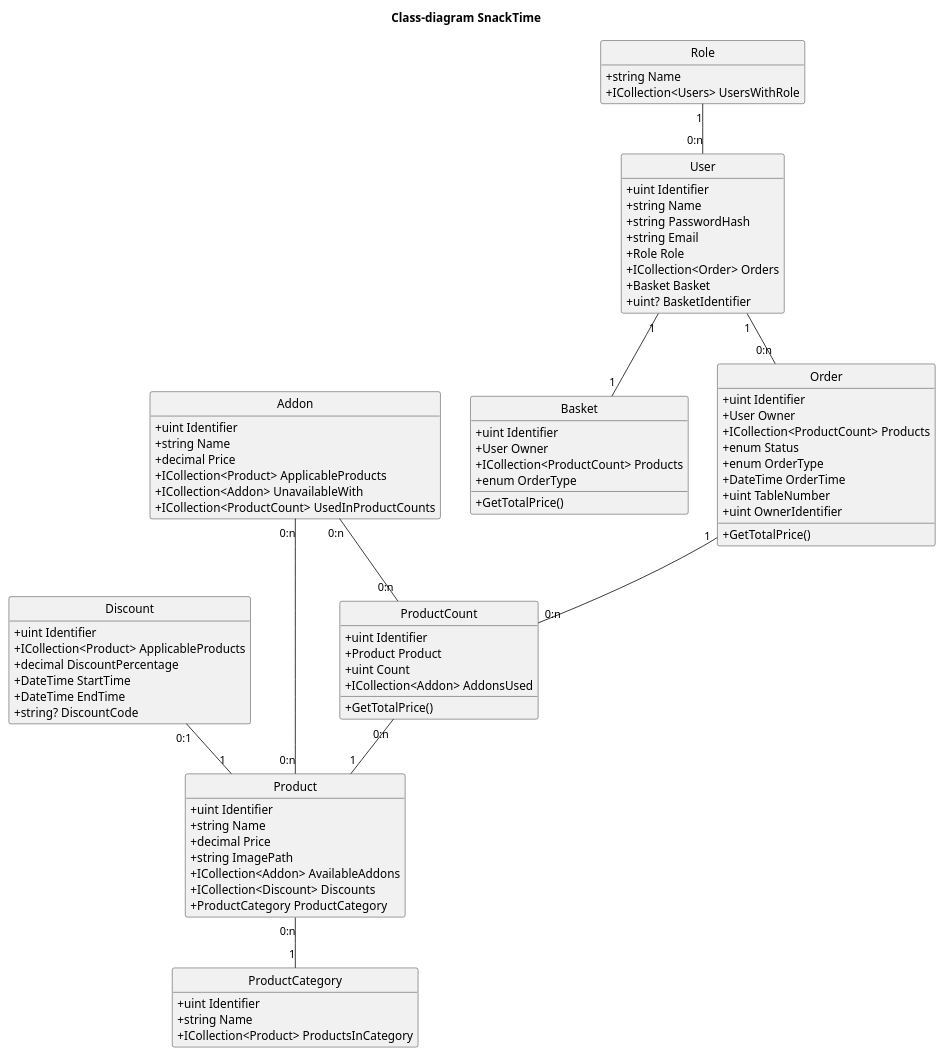
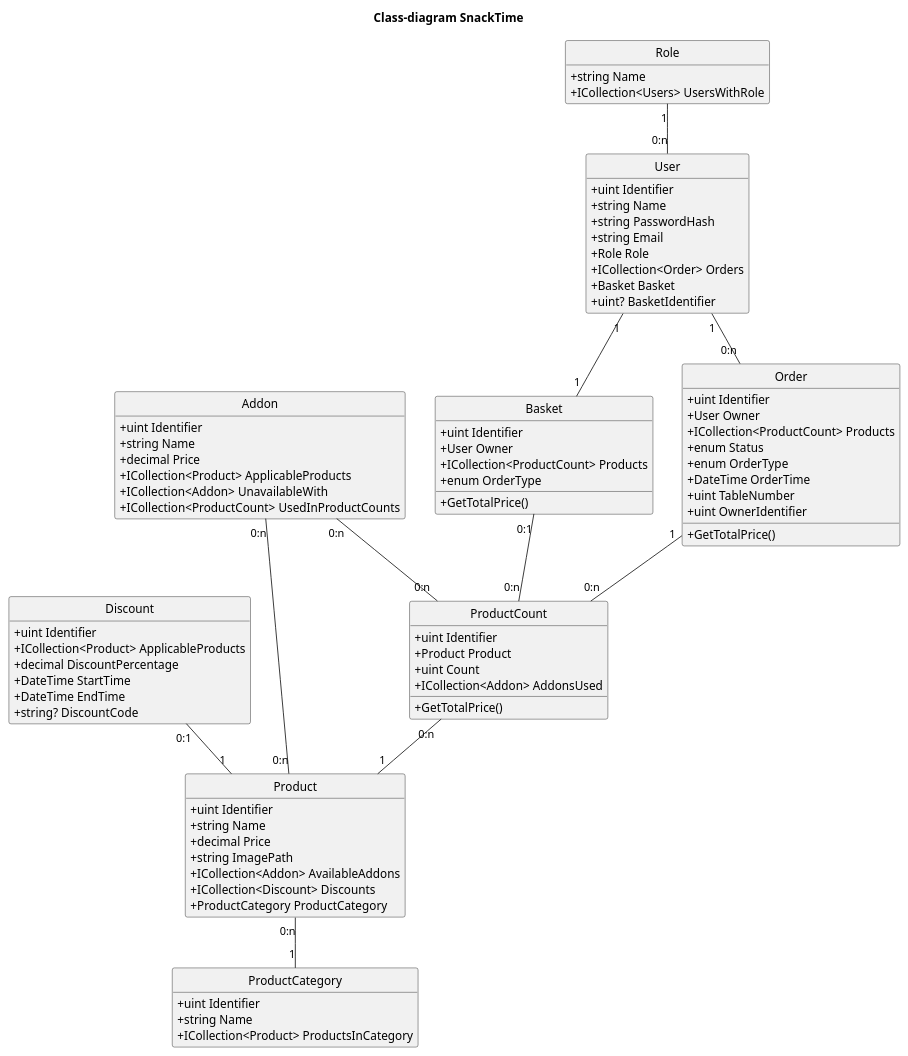
One commit to kinggeert/SnackTime changed the diagram in SnackTime/Uml/ClassDiagram.puml. Above: the diagram before and after it, drawn with PlantUML.

Commit message:
Fix class diagram

```diff
--- a/SnackTime/Uml/ClassDiagram.puml
+++ b/SnackTime/Uml/ClassDiagram.puml
@@ -1,102 +1,103 @@
 @startuml
 hide circle
 hide empty members
 skinparam classAttributeIconSize 0
 skinparam packageStyle rectangle
 title Class-diagram SnackTime
 
 
 class User {
     +uint Identifier
     +string Name
     +string PasswordHash
     +string Email
     +Role Role
     +ICollection<Order> Orders
     +Basket Basket
     +uint? BasketIdentifier
 }
 
 class Role {
     +string Name
     +ICollection<Users> UsersWithRole
 }
 
 class Product {
     +uint Identifier
     +string Name
     +decimal Price
     +string ImagePath
     +ICollection<Addon> AvailableAddons
     +ICollection<Discount> Discounts
     +ProductCategory ProductCategory
 }
 
 class ProductCount {
     +uint Identifier
     +Product Product
     +uint Count
     +ICollection<Addon> AddonsUsed
     
     +GetTotalPrice()
 }
 
 class Basket {
     +uint Identifier
     +User Owner
     +ICollection<ProductCount> Products
     +enum OrderType
     
     +GetTotalPrice()
 }
 
 class Order {
     +uint Identifier
     +User Owner
     +ICollection<ProductCount> Products
     +enum Status
     +enum OrderType
     +DateTime OrderTime
     +uint TableNumber
     +uint OwnerIdentifier
     
     +GetTotalPrice()
 }
 
 class Discount {
     +uint Identifier
     +ICollection<Product> ApplicableProducts
     +decimal DiscountPercentage
     +DateTime StartTime
     +DateTime EndTime
     +string? DiscountCode
 }
 
 class Addon {
     +uint Identifier
     +string Name
     +decimal Price
     +ICollection<Product> ApplicableProducts
     +ICollection<Addon> UnavailableWith
     +ICollection<ProductCount> UsedInProductCounts
 }
 
 class ProductCategory {
     +uint Identifier
     +string Name
     +ICollection<Product> ProductsInCategory
 }
 
 User "1" -- "0:n" Order
 Order "1" -- "0:n" ProductCount
 ProductCount "0:n" -- "1" Product
 Discount "0:1" -- "1" Product
 User "1" -- "1" Basket
 Addon "0:n" -- "0:n" Product
 Addon "0:n" -- "0:n" ProductCount
 Role "1" -- "0:n" User
 Product "0:n" -- "1" ProductCategory
+Basket "0:1" -- "0:n" ProductCount
 
 
 
 @enduml
```
